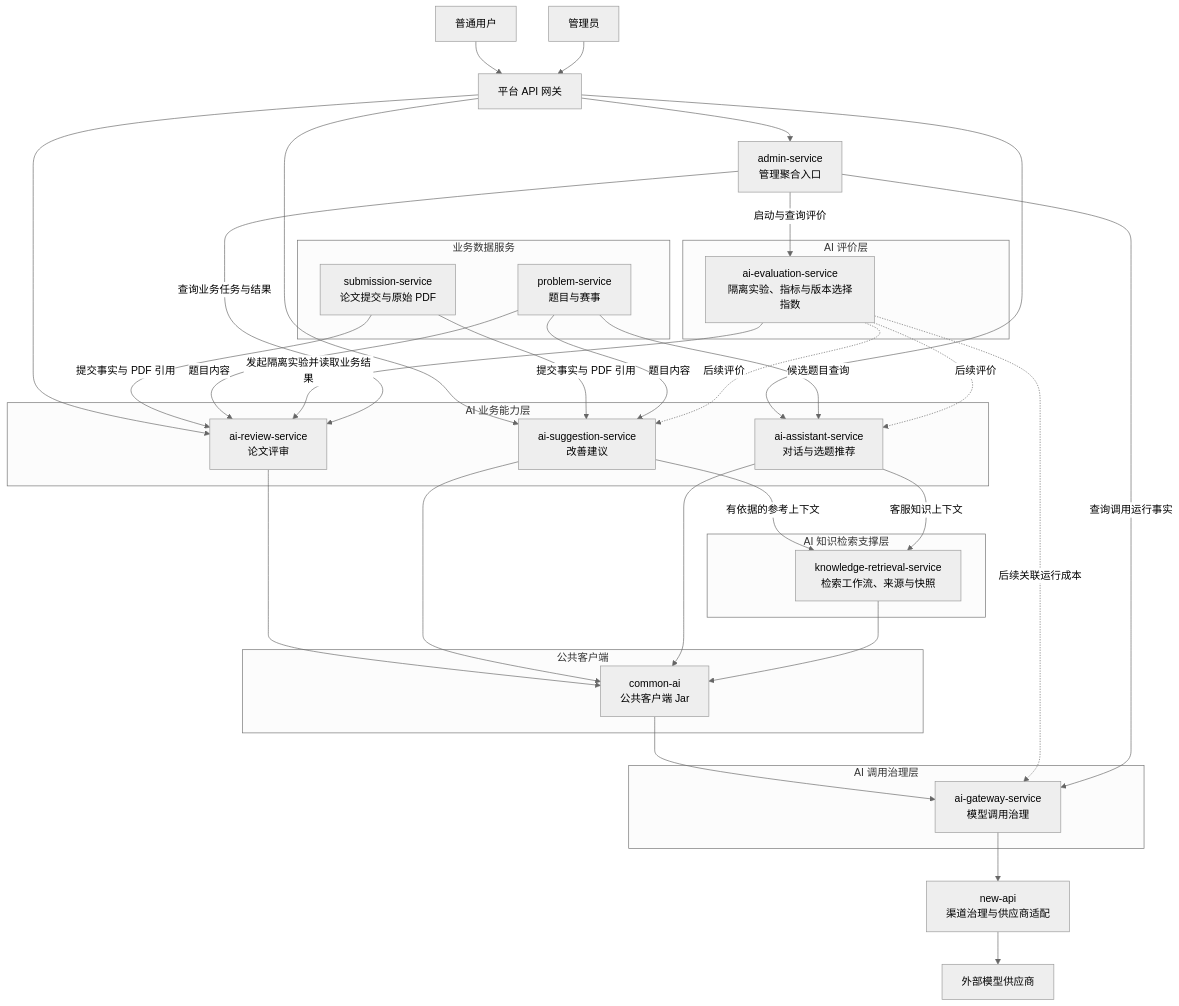
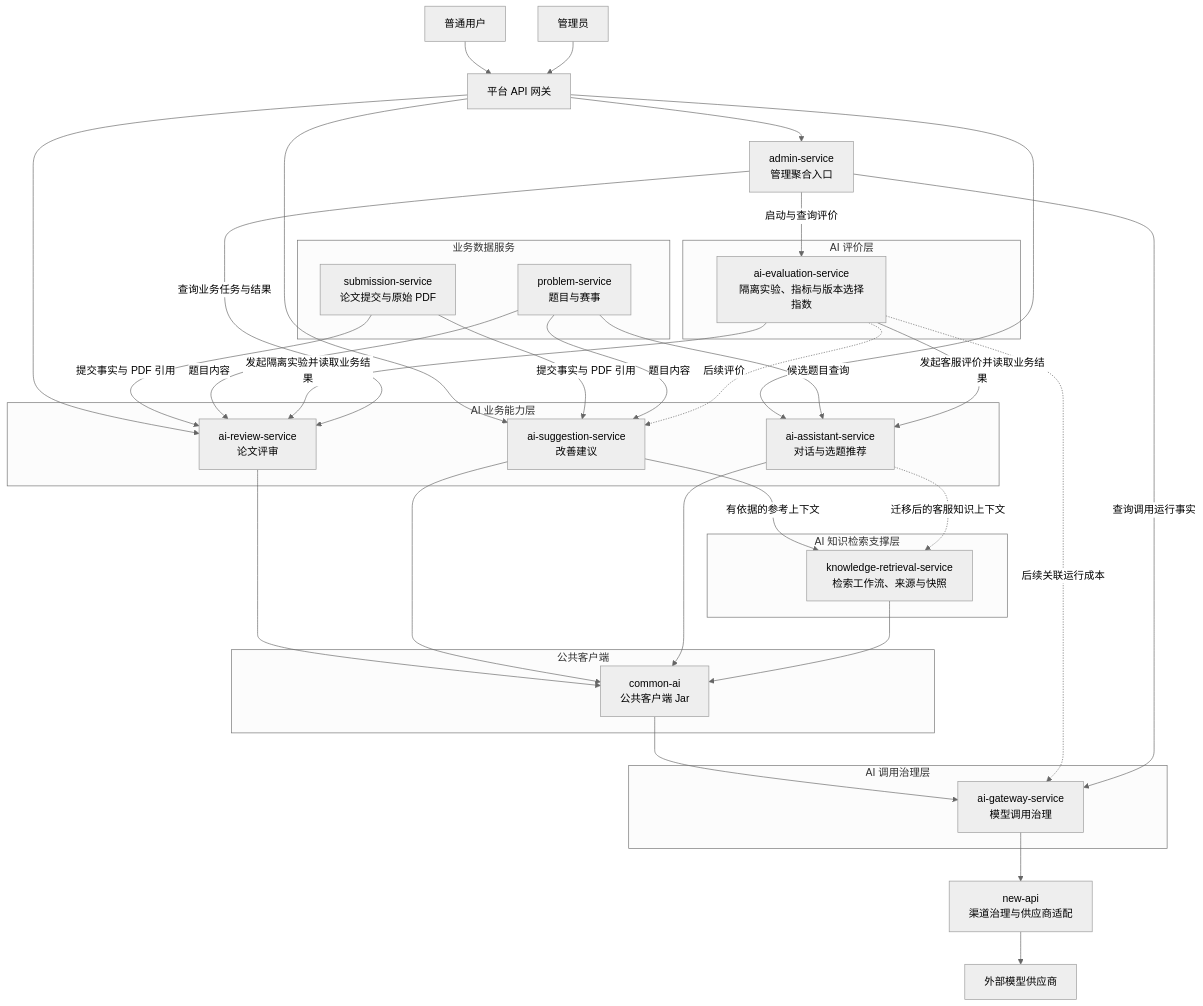
The diagram in docs/project/02-架构设计/AI系统分层.md (Dorian7Alden/LeetModel), drawn with Mermaid (neutral theme) before and after one commit. The commit also changed other lines of this file and 31 other files, not shown here.

````diff
--- a/docs/project/02-架构设计/AI系统分层.md
+++ b/docs/project/02-架构设计/AI系统分层.md
@@ -55,70 +55,70 @@
 ```mermaid
 flowchart TB
     USER[普通用户]
     ADMIN_USER[管理员]
     API_GATEWAY[平台 API 网关]
 
     subgraph DOMAIN[业务数据服务]
         SUBMISSION[submission-service<br/>论文提交与原始 PDF]
         PROBLEM[problem-service<br/>题目与赛事]
     end
 
     subgraph BUSINESS[AI 业务能力层]
         REVIEW[ai-review-service<br/>论文评审]
         SUGGESTION[ai-suggestion-service<br/>改善建议]
         ASSISTANT[ai-assistant-service<br/>对话与选题推荐]
     end
 
     subgraph KNOWLEDGE[AI 知识检索支撑层]
         RETRIEVAL[knowledge-retrieval-service<br/>检索工作流、来源与快照]
     end
 
     subgraph QUALITY[AI 评价层]
         EVALUATION[ai-evaluation-service<br/>隔离实验、指标与版本选择指数]
     end
 
     subgraph CLIENT[公共客户端]
         COMMON_AI[common-ai<br/>公共客户端 Jar]
     end
 
     subgraph GOVERNANCE[AI 调用治理层]
         AI_GATEWAY[ai-gateway-service<br/>模型调用治理]
     end
 
     NEW_API[new-api<br/>渠道治理与供应商适配]
     MODEL[外部模型供应商]
 
     ADMIN[admin-service<br/>管理聚合入口]
 
     USER --> API_GATEWAY
     API_GATEWAY --> REVIEW
     API_GATEWAY --> SUGGESTION
     API_GATEWAY --> ASSISTANT
     SUBMISSION -->|提交事实与 PDF 引用| REVIEW
     SUBMISSION -->|提交事实与 PDF 引用| SUGGESTION
     PROBLEM -->|题目内容| REVIEW
     PROBLEM -->|题目内容| SUGGESTION
     PROBLEM -->|候选题目查询| ASSISTANT
 
     SUGGESTION -->|有依据的参考上下文| RETRIEVAL
-    ASSISTANT -->|客服知识上下文| RETRIEVAL
+    ASSISTANT -.->|迁移后的客服知识上下文| RETRIEVAL
 
     REVIEW --> COMMON_AI
     SUGGESTION --> COMMON_AI
     ASSISTANT --> COMMON_AI
     RETRIEVAL --> COMMON_AI
     COMMON_AI --> AI_GATEWAY
     AI_GATEWAY --> NEW_API
     NEW_API --> MODEL
 
     EVALUATION -->|发起隔离实验并读取业务结果| REVIEW
     EVALUATION -.->|后续评价| SUGGESTION
-    EVALUATION -.->|后续评价| ASSISTANT
+    EVALUATION -->|发起客服评价并读取业务结果| ASSISTANT
     EVALUATION -.->|后续关联运行成本| AI_GATEWAY
 
     ADMIN_USER --> API_GATEWAY
     API_GATEWAY --> ADMIN
     ADMIN -->|启动与查询评价| EVALUATION
     ADMIN -->|查询业务任务与结果| REVIEW
     ADMIN -->|查询调用运行事实| AI_GATEWAY
 ```
````
